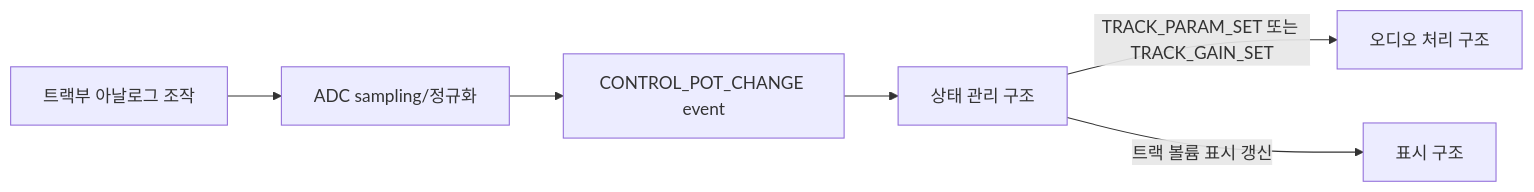
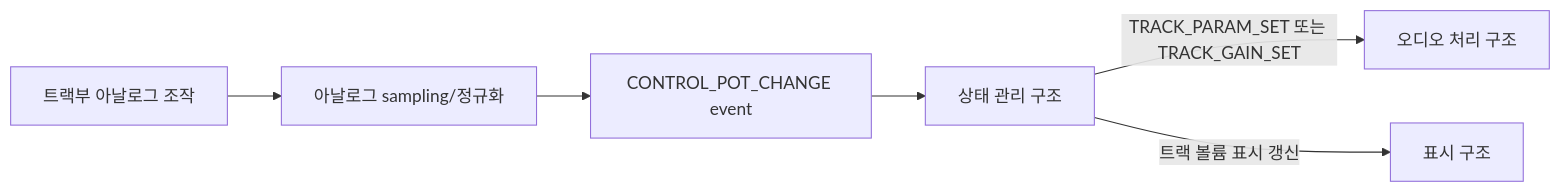
The seventh of 13 diagrams in docs/2-Architecture/ARCH-INPUT.md (10cheon00/rtos-loopstation), drawn with Mermaid before and after one commit. The commit also changed other lines of this file and 1 other file, not shown here.

````diff
--- a/docs/2-Architecture/ARCH-INPUT.md
+++ b/docs/2-Architecture/ARCH-INPUT.md
@@ -225,13 +228,13 @@
 ```mermaid
 flowchart LR
     Pot["트랙부 아날로그 조작"]
-    PotPath["ADC sampling/정규화"]
+    PotPath["아날로그 sampling/정규화"]
     Event["CONTROL_POT_CHANGE event"]
     State["상태 관리 구조"]
     Audio["오디오 처리 구조"]
     Display["표시 구조"]
 
     Pot --> PotPath --> Event --> State
     State -->|TRACK_PARAM_SET 또는 TRACK_GAIN_SET| Audio
     State -->|트랙 볼륨 표시 갱신| Display
 ```
````
